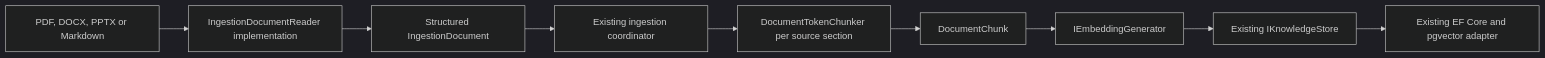
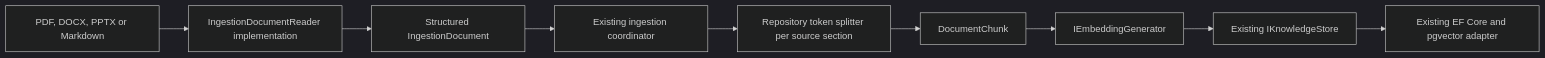
The diagram in docs/rag-data-ingestion-spike.md (LautaroO/maf-playground), drawn with Mermaid (dark theme) before and after one commit. The commit also changed other lines of this file and 14 other files, not shown here.

````diff
--- a/docs/rag-data-ingestion-spike.md
+++ b/docs/rag-data-ingestion-spike.md
@@ -28,11 +28,11 @@
 ```mermaid
 flowchart LR
     Source[PDF, DOCX, PPTX or Markdown] --> Reader[IngestionDocumentReader implementation]
     Reader --> Document[Structured IngestionDocument]
     Document --> Coordinator[Existing ingestion coordinator]
-    Coordinator --> Chunker[DocumentTokenChunker per source section]
+    Coordinator --> Chunker[Repository token splitter per source section]
     Chunker --> ExistingChunks[DocumentChunk]
     ExistingChunks --> Embeddings[IEmbeddingGenerator]
     Embeddings --> Store[Existing IKnowledgeStore]
     Store --> EfCore[Existing EF Core and pgvector adapter]
 ```
````
